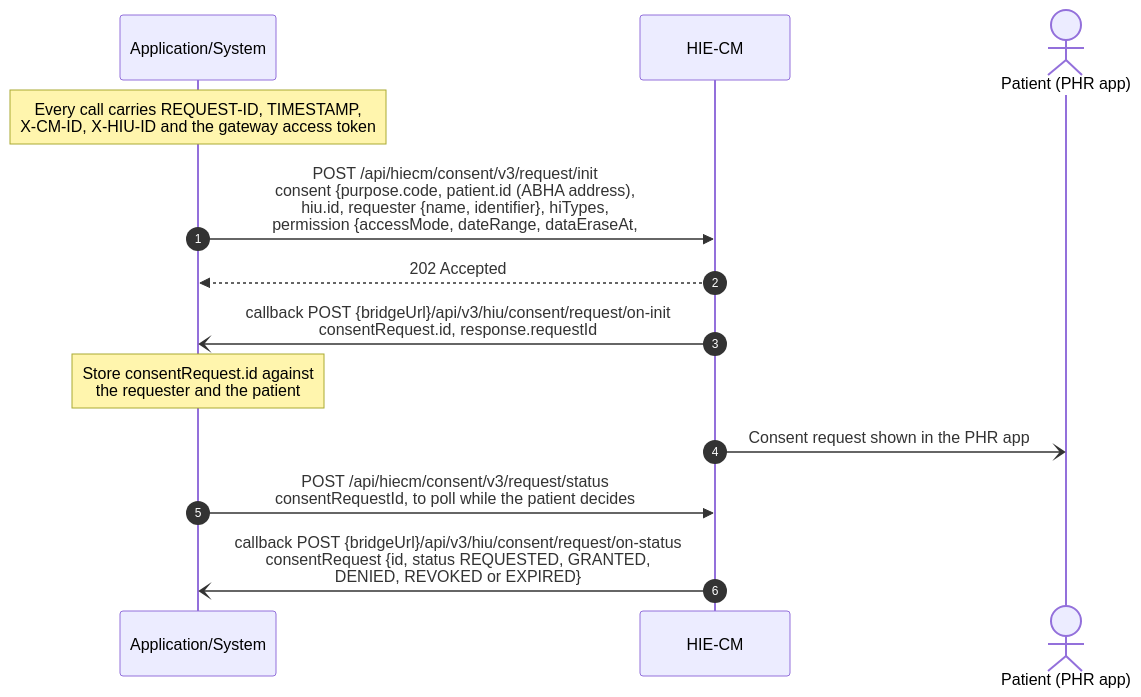
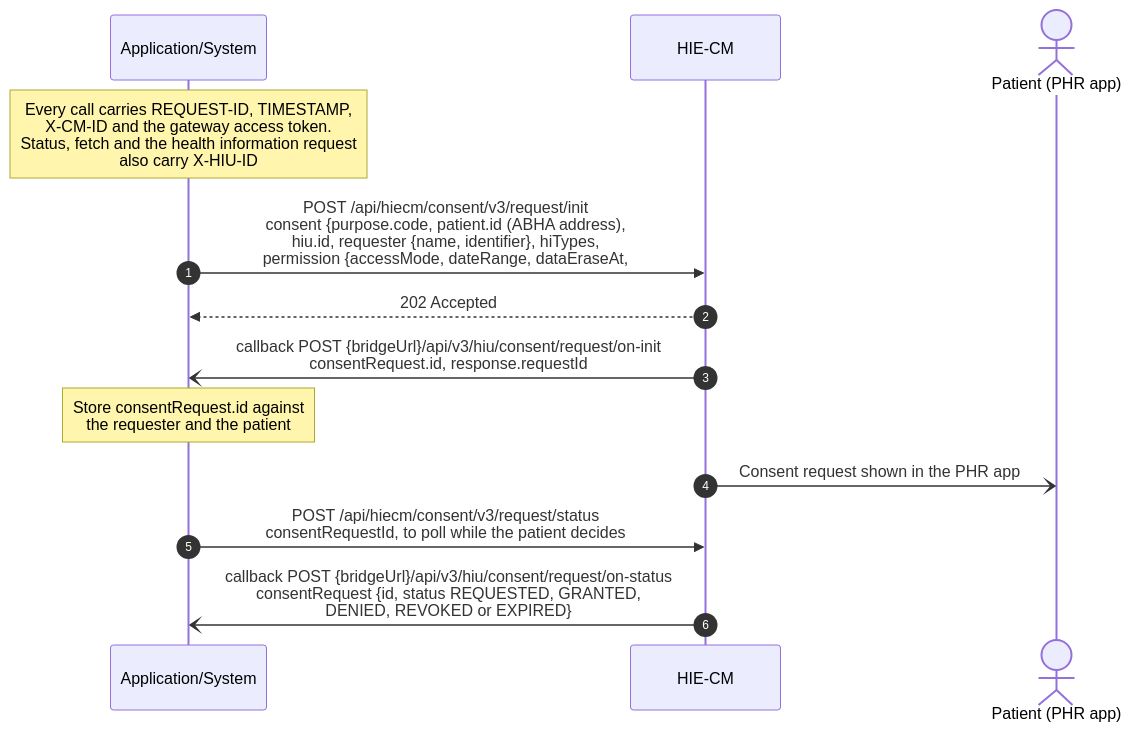
One commit to nha-in/docs changed the second of 4 diagrams in site/docs/hiecm/v3/milestones/m3.mdx. Above: the diagram before and after it, drawn with Mermaid. The commit also changed other lines of this file and 30 other files, not shown here.

````diff
--- a/site/docs/hiecm/v3/milestones/m3.mdx
+++ b/site/docs/hiecm/v3/milestones/m3.mdx
@@ -153,15 +153,15 @@
 ```mermaid
 sequenceDiagram
     autonumber
     participant S as Application/System
     participant CM as HIE-CM
     actor P as Patient (PHR app)
-    Note over S: Every call carries REQUEST-ID, TIMESTAMP,<br/>X-CM-ID, X-HIU-ID and the gateway access token
+    Note over S: Every call carries REQUEST-ID, TIMESTAMP,<br/>X-CM-ID and the gateway access token.<br/>Status, fetch and the health information request<br/>also carry X-HIU-ID
     S->>CM: POST /api/hiecm/consent/v3/request/init<br/>consent {purpose.code, patient.id (ABHA address),<br/>hiu.id, requester {name, identifier}, hiTypes,<br/>permission {accessMode, dateRange, dataEraseAt,
     CM-->>S: 202 Accepted
     CM-)S: callback POST {bridgeUrl}/api/v3/hiu/consent/request/on-init<br/>consentRequest.id, response.requestId
     Note over S: Store consentRequest.id against<br/>the requester and the patient
     CM-)P: Consent request shown in the PHR app
     S->>CM: POST /api/hiecm/consent/v3/request/status<br/>consentRequestId, to poll while the patient decides
     CM-)S: callback POST {bridgeUrl}/api/v3/hiu/consent/request/on-status<br/>consentRequest {id, status REQUESTED, GRANTED,<br/>DENIED, REVOKED or EXPIRED}
 ```
````
